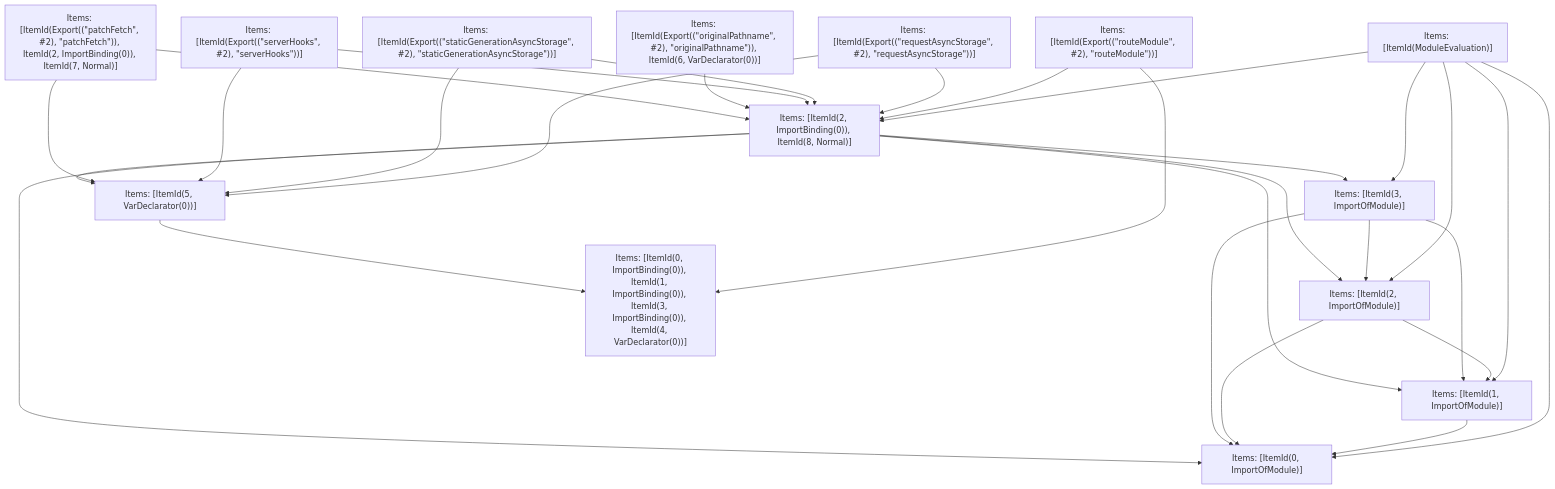
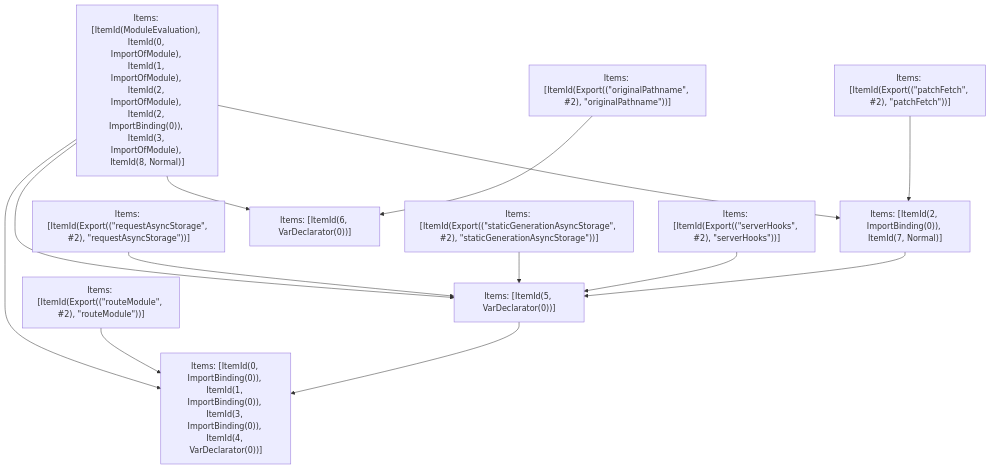
One commit to vercel/turborepo changed the fifth of 5 diagrams in crates/turbopack-ecmascript/tests/tree-shaker/analyzer/app-route/output.md. Above: the diagram before and after it, drawn with Mermaid. The commit also changed other lines of this file and 1 other file, not shown here.

````diff
--- a/crates/turbopack-ecmascript/tests/tree-shaker/analyzer/app-route/output.md
+++ b/crates/turbopack-ecmascript/tests/tree-shaker/analyzer/app-route/output.md
@@ -357,45 +358,26 @@
 ```mermaid
 graph TD
-    N0["Items: [ItemId(ModuleEvaluation)]"];
+    N0["Items: [ItemId(ModuleEvaluation), ItemId(0, ImportOfModule), ItemId(1, ImportOfModule), ItemId(2, ImportOfModule), ItemId(2, ImportBinding(0)), ItemId(3, ImportOfModule), ItemId(8, Normal)]"];
     N1["Items: [ItemId(Export((&quot;routeModule&quot;, #2), &quot;routeModule&quot;))]"];
     N2["Items: [ItemId(Export((&quot;requestAsyncStorage&quot;, #2), &quot;requestAsyncStorage&quot;))]"];
     N3["Items: [ItemId(Export((&quot;staticGenerationAsyncStorage&quot;, #2), &quot;staticGenerationAsyncStorage&quot;))]"];
     N4["Items: [ItemId(Export((&quot;serverHooks&quot;, #2), &quot;serverHooks&quot;))]"];
-    N5["Items: [ItemId(Export((&quot;originalPathname&quot;, #2), &quot;originalPathname&quot;)), ItemId(6, VarDeclarator(0))]"];
-    N6["Items: [ItemId(Export((&quot;patchFetch&quot;, #2), &quot;patchFetch&quot;)), ItemId(2, ImportBinding(0)), ItemId(7, Normal)]"];
-    N7["Items: [ItemId(0, ImportOfModule)]"];
-    N8["Items: [ItemId(1, ImportOfModule)]"];
-    N9["Items: [ItemId(2, ImportOfModule)]"];
-    N10["Items: [ItemId(3, ImportOfModule)]"];
-    N11["Items: [ItemId(0, ImportBinding(0)), ItemId(1, ImportBinding(0)), ItemId(3, ImportBinding(0)), ItemId(4, VarDeclarator(0))]"];
-    N12["Items: [ItemId(5, VarDeclarator(0))]"];
-    N13["Items: [ItemId(2, ImportBinding(0)), ItemId(8, Normal)]"];
+    N5["Items: [ItemId(Export((&quot;originalPathname&quot;, #2), &quot;originalPathname&quot;))]"];
+    N6["Items: [ItemId(Export((&quot;patchFetch&quot;, #2), &quot;patchFetch&quot;))]"];
+    N7["Items: [ItemId(0, ImportBinding(0)), ItemId(1, ImportBinding(0)), ItemId(3, ImportBinding(0)), ItemId(4, VarDeclarator(0))]"];
+    N8["Items: [ItemId(5, VarDeclarator(0))]"];
+    N9["Items: [ItemId(6, VarDeclarator(0))]"];
+    N10["Items: [ItemId(2, ImportBinding(0)), ItemId(7, Normal)]"];
     N0 --> N7;
     N0 --> N8;
     N0 --> N9;
     N0 --> N10;
-    N0 --> N13;
-    N1 --> N11;
-    N1 --> N13;
-    N2 --> N12;
-    N2 --> N13;
-    N3 --> N12;
-    N3 --> N13;
-    N4 --> N12;
-    N4 --> N13;
-    N5 --> N13;
-    N6 --> N13;
-    N6 --> N12;
+    N1 --> N7;
+    N2 --> N8;
+    N3 --> N8;
+    N4 --> N8;
+    N5 --> N9;
+    N6 --> N10;
     N8 --> N7;
-    N9 --> N7;
-    N9 --> N8;
-    N10 --> N7;
     N10 --> N8;
-    N10 --> N9;
-    N12 --> N11;
-    N13 --> N12;
-    N13 --> N7;
-    N13 --> N8;
-    N13 --> N9;
-    N13 --> N10;
 ```
````
